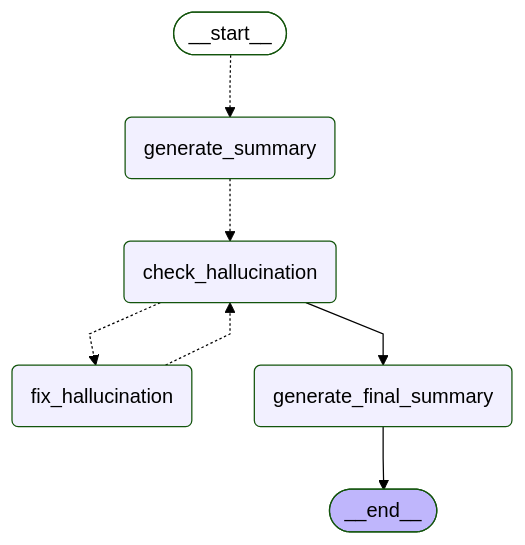
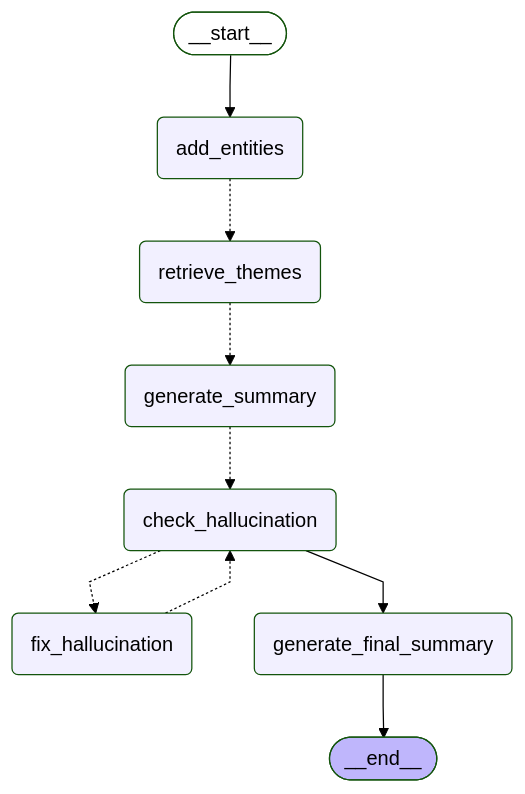
The diagram in README.md (cjber/planning-ai), drawn with Mermaid (forest theme) before and after one commit.

Commit message:
add updated mermaid graph

````diff
--- a/README.md
+++ b/README.md
@@ -11,19 +11,23 @@
 ```mermaid
 %%{init: {'flowchart': {'curve': 'linear'}}}%%
 graph TD;
-        __start__([__start__]):::first
+        __start__([<p>__start__</p>]):::first
+        add_entities(add_entities)
+        retrieve_themes(retrieve_themes)
         generate_summary(generate_summary)
         check_hallucination(check_hallucination)
         fix_hallucination(fix_hallucination)
         generate_final_summary(generate_final_summary)
-        __end__([__end__]):::last
+        __end__([<p>__end__</p>]):::last
+        __start__ --> add_entities;
         check_hallucination --> generate_final_summary;
         generate_final_summary --> __end__;
-        __start__ -.-> generate_summary;
+        add_entities -.-> retrieve_themes;
+        retrieve_themes -.-> generate_summary;
         generate_summary -.-> check_hallucination;
         check_hallucination -.-> fix_hallucination;
         fix_hallucination -.-> check_hallucination;
         classDef default fill:#f2f0ff,line-height:1.2
         classDef first fill-opacity:0
         classDef last fill:#bfb6fc
 ```
````
